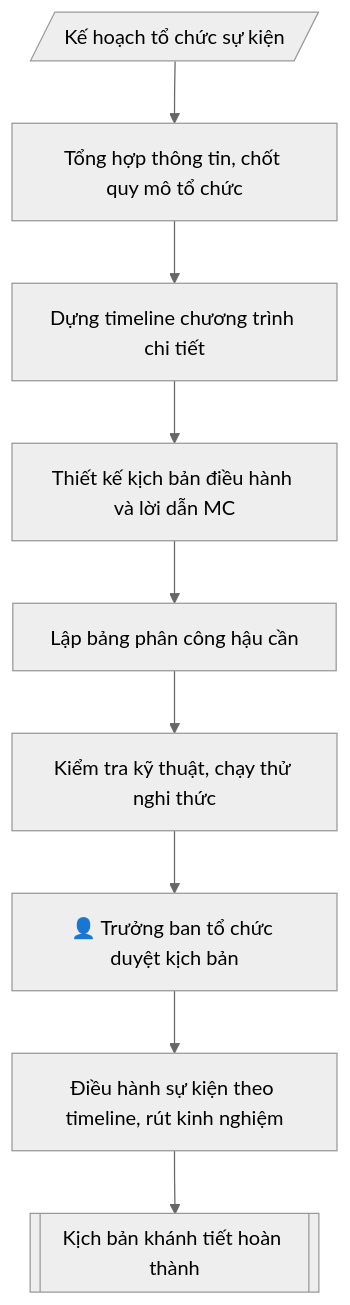
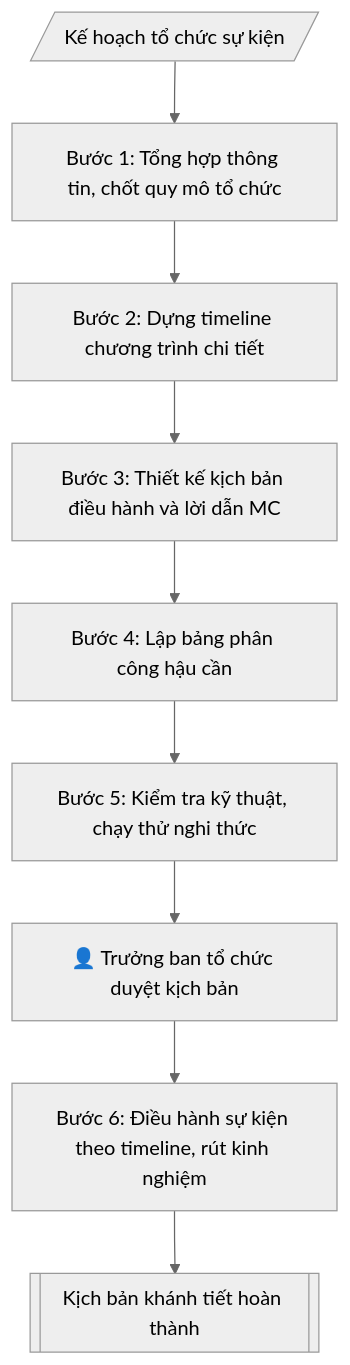
Before and after one commit to phamtruong91/dh-skills: the diagram in skills/kich-ban-khanh-tiet/SKILL.md, drawn with Mermaid (neutral theme). The commit also changed 124 other files, not shown here.

First line of the commit message:
Khôi phục quy trình đầy đủ cho 58 skill bị rút gọn (nghiệp vụ gốc + ràng buộc pháp lý từ phap-ly.md)

````diff
--- a/skills/kich-ban-khanh-tiet/SKILL.md
+++ b/skills/kich-ban-khanh-tiet/SKILL.md
@@ -85,11 +85,11 @@
 ```mermaid
 flowchart TD
-    IN[/"Kế hoạch tổ chức sự kiện"/] --> A["Tổng hợp thông tin, chốt quy mô tổ chức"]
-    A --> B["Dựng timeline chương trình chi tiết"]
-    B --> C["Thiết kế kịch bản điều hành và lời dẫn MC"]
-    C --> D["Lập bảng phân công hậu cần"]
-    D --> E["Kiểm tra kỹ thuật, chạy thử nghi thức"]
+    IN[/"Kế hoạch tổ chức sự kiện"/] --> A["Bước 1: Tổng hợp thông tin, chốt quy mô tổ chức"]
+    A --> B["Bước 2: Dựng timeline chương trình chi tiết"]
+    B --> C["Bước 3: Thiết kế kịch bản điều hành và lời dẫn MC"]
+    C --> D["Bước 4: Lập bảng phân công hậu cần"]
+    D --> E["Bước 5: Kiểm tra kỹ thuật, chạy thử nghi thức"]
     E --> HG["👤 Trưởng ban tổ chức duyệt kịch bản"]
-    HG --> F["Điều hành sự kiện theo timeline, rút kinh nghiệm"]
+    HG --> F["Bước 6: Điều hành sự kiện theo timeline, rút kinh nghiệm"]
     F --> OUT[["Kịch bản khánh tiết hoàn thành"]]
 ```
````
